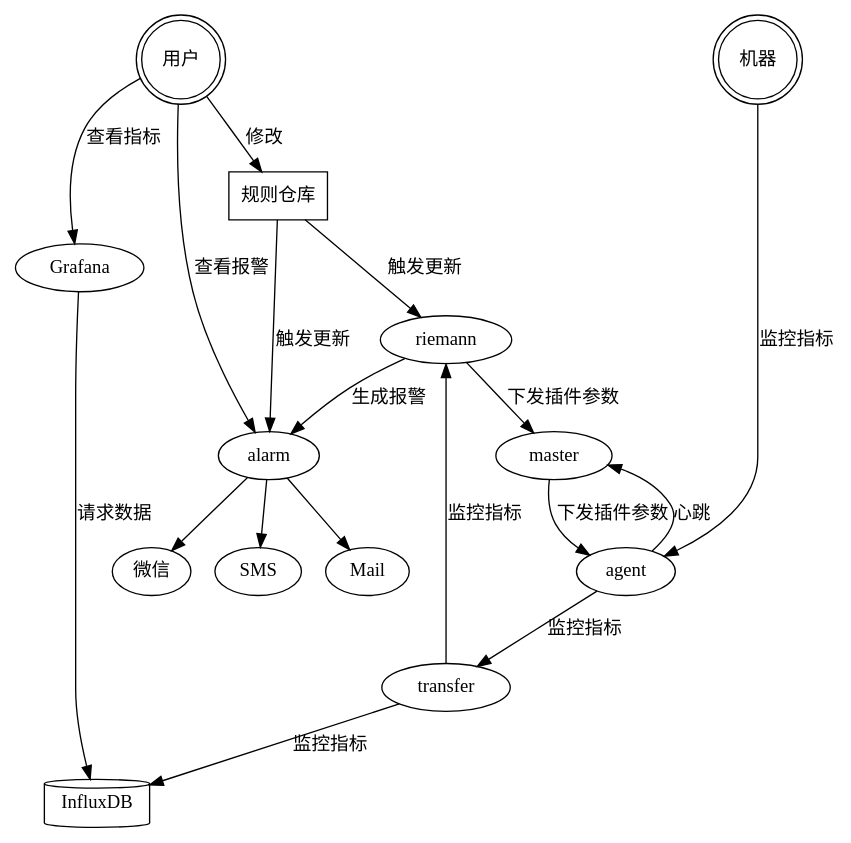
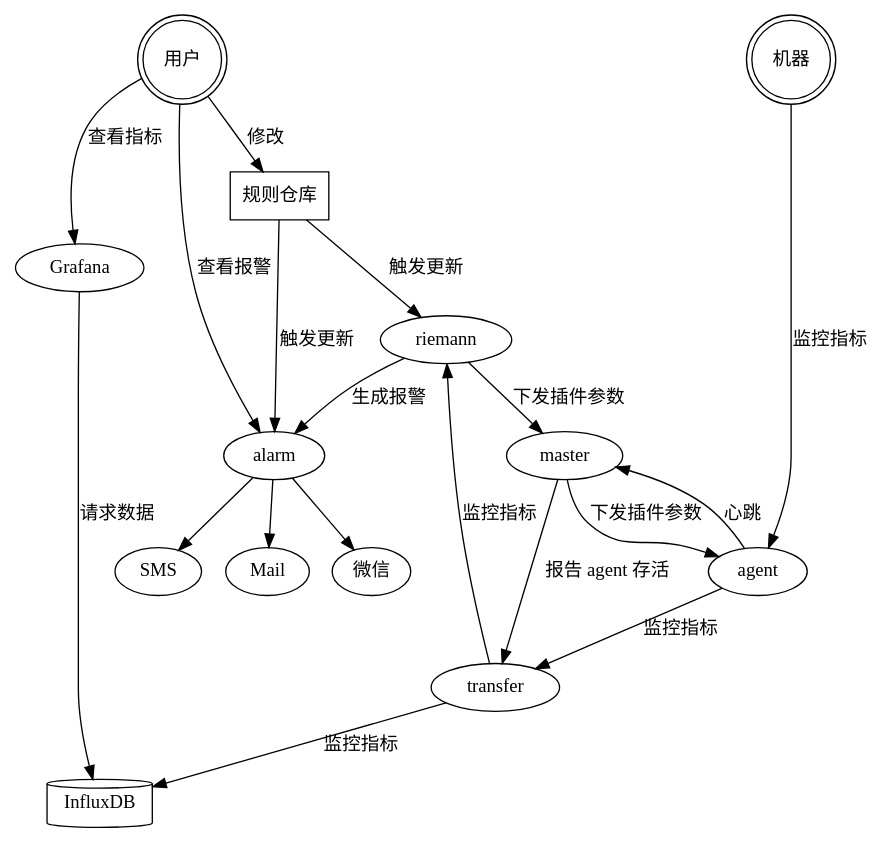
One commit to leancloud/satori changed the diagram in doc/images/arch.dot. Above: the diagram before and after it, drawn with Graphviz. The commit also changed 4 other files, not shown here.

```diff
--- a/doc/images/arch.dot
+++ b/doc/images/arch.dot
@@ -1,21 +1,22 @@
 digraph Architecture {
   {
     rank=same;
     "用户" [shape=doublecircle];
     "机器" [shape=doublecircle];
   }
 
   "规则仓库" [shape=rect];
   InfluxDB [shape=cylinder];
 
   "用户" -> "规则仓库" [label="修改"];
   "规则仓库" -> {riemann alarm} [label="触发更新"];
   "用户" -> alarm [label="查看报警"];
   "用户" -> Grafana [label="查看指标"];
   Grafana -> InfluxDB [label="请求数据"];
   "机器" -> agent -> transfer -> {InfluxDB riemann} [label="监控指标"];
   riemann -> alarm [label="生成报警"];
   alarm -> {SMS Mail "微信"};
   riemann -> master -> agent [label="下发插件参数"];
   agent -> master [label="心跳"];
+  master -> transfer [label="报告 agent 存活"];
 }
```
